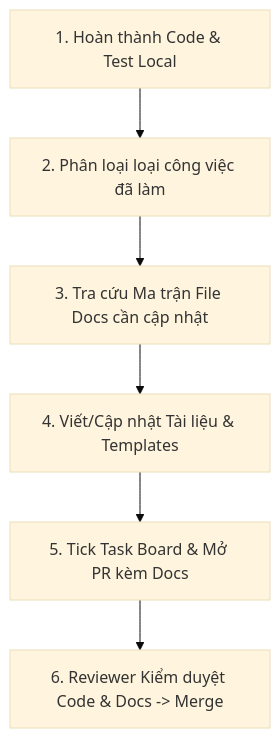
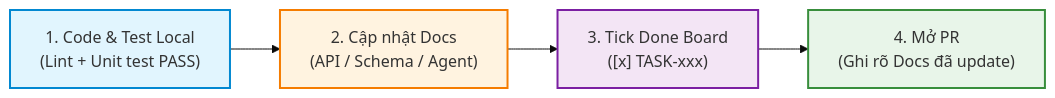
The diagram in docs/01-workflow/post-task-documentation.md (b4ck12/Group_Project), drawn with Mermaid (base theme) before and after one commit. The commit also changed other lines of this file, not shown here.

Commit message:
feat: post task doc

````diff
--- a/docs/01-workflow/post-task-documentation.md
+++ b/docs/01-workflow/post-task-documentation.md
@@ -22,8 +39,11 @@
 ```mermaid
-flowchart TD
-    A[1. Hoàn thành Code & Test Local] --> B[2. Phân loại loại công việc đã làm]
-    B --> C[3. Tra cứu Ma trận File Docs cần cập nhật]
-    C --> D[4. Viết/Cập nhật Tài liệu & Templates]
-    D --> E[5. Tick Task Board & Mở PR kèm Docs]
-    E --> F[6. Reviewer Kiểm duyệt Code & Docs -> Merge]
+flowchart LR
+    A["1. Code & Test Local<br/>(Lint + Unit test PASS)"] --> B["2. Cập nhật Docs<br/>(API / Schema / Agent)"]
+    B --> C["3. Tick Done Board<br/>([x] TASK-xxx)"]
+    C --> D["4. Mở PR<br/>(Ghi rõ Docs đã update)"]
+
+    style A fill:#e1f5fe,stroke:#0288d1,stroke-width:2px;
+    style B fill:#fff3e0,stroke:#f57c00,stroke-width:2px;
+    style C fill:#f3e5f5,stroke:#7b1fa2,stroke-width:2px;
+    style D fill:#e8f5e9,stroke:#388e3c,stroke-width:2px;
 ```
````
